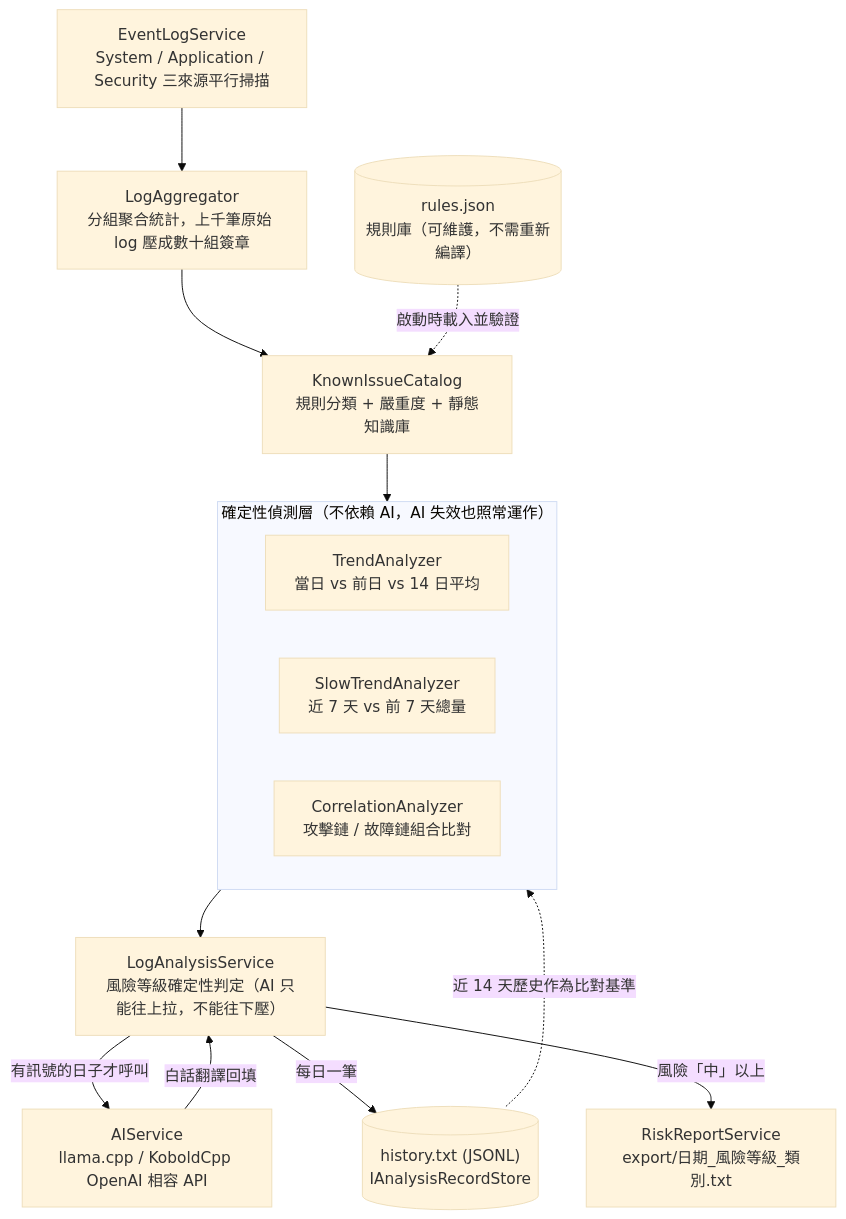
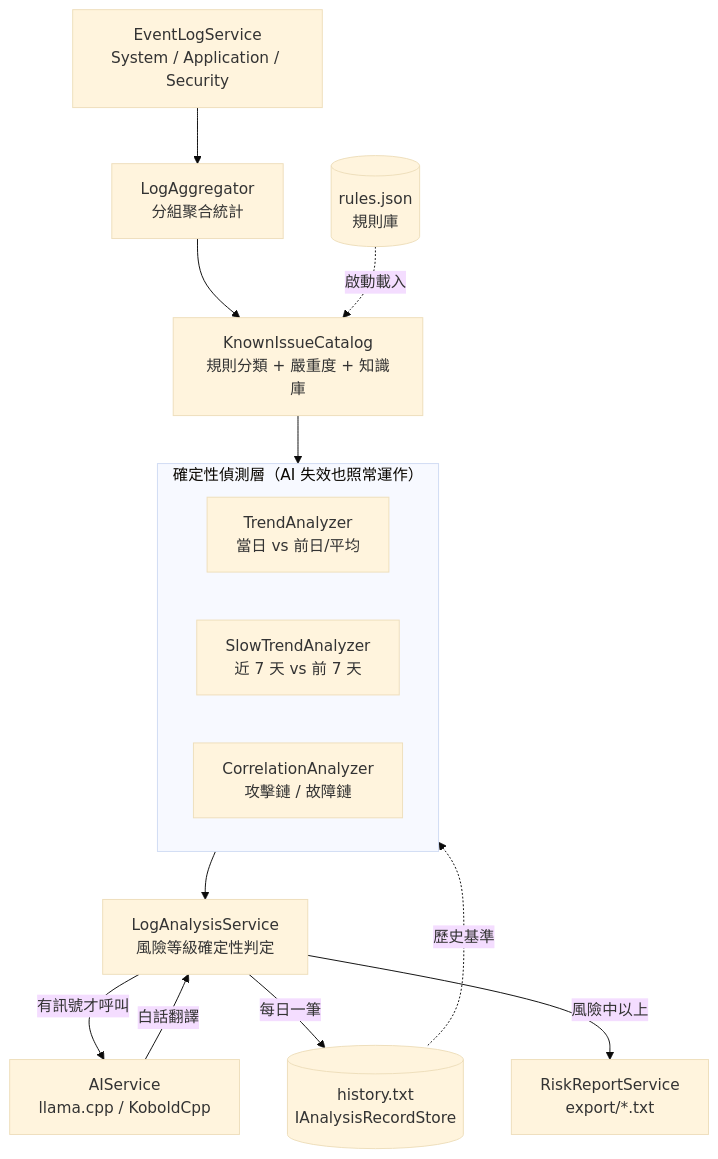
One commit to darionnnnnn/LogForesight changed the diagram in README.md. Above: the diagram before and after it, drawn with Mermaid (base theme).

Commit message:
Tighten Mermaid node labels so the diagram fits GitHub's content width
The subgraph puts three analyzer nodes side by side; with the longer labels
the diagram exceeded the ~830px README column and would have been scaled
down to fit, shrinking the text. The trimmed detail is already spelled out
in the paragraph directly below the diagram.

````diff
--- a/README.md
+++ b/README.md
@@ -29,30 +29,30 @@
 ```mermaid
 flowchart TD
-    ELS["EventLogService<br/>System / Application / Security 三來源平行掃描"]
-    AGG["LogAggregator<br/>分組聚合統計，上千筆原始 log 壓成數十組簽章"]
-    RULES[("rules.json<br/>規則庫（可維護，不需重新編譯）")]
-    CAT["KnownIssueCatalog<br/>規則分類 + 嚴重度 + 靜態知識庫"]
+    ELS["EventLogService<br/>System / Application / Security"]
+    AGG["LogAggregator<br/>分組聚合統計"]
+    RULES[("rules.json<br/>規則庫")]
+    CAT["KnownIssueCatalog<br/>規則分類 + 嚴重度 + 知識庫"]
 
-    subgraph DET["確定性偵測層（不依賴 AI，AI 失效也照常運作）"]
+    subgraph DET["確定性偵測層（AI 失效也照常運作）"]
         direction LR
-        TREND["TrendAnalyzer<br/>當日 vs 前日 vs 14 日平均"]
-        SLOW["SlowTrendAnalyzer<br/>近 7 天 vs 前 7 天總量"]
-        CORR["CorrelationAnalyzer<br/>攻擊鏈 / 故障鏈組合比對"]
+        TREND["TrendAnalyzer<br/>當日 vs 前日/平均"]
+        SLOW["SlowTrendAnalyzer<br/>近 7 天 vs 前 7 天"]
+        CORR["CorrelationAnalyzer<br/>攻擊鏈 / 故障鏈"]
     end
 
-    RISK["LogAnalysisService<br/>風險等級確定性判定（AI 只能往上拉，不能往下壓）"]
-    AI["AIService<br/>llama.cpp / KoboldCpp OpenAI 相容 API"]
-    HIST[("history.txt (JSONL)<br/>IAnalysisRecordStore")]
-    REPORT["RiskReportService<br/>export/日期_風險等級_類別.txt"]
+    RISK["LogAnalysisService<br/>風險等級確定性判定"]
+    AI["AIService<br/>llama.cpp / KoboldCpp"]
+    HIST[("history.txt<br/>IAnalysisRecordStore")]
+    REPORT["RiskReportService<br/>export/*.txt"]
 
     ELS --> AGG
     AGG --> CAT
     CAT --> DET
     DET --> RISK
-    RULES -. 啟動時載入並驗證 .-> CAT
-    HIST -. 近 14 天歷史作為比對基準 .-> DET
-    RISK -- 有訊號的日子才呼叫 --> AI
-    AI -- 白話翻譯回填 --> RISK
+    RULES -. 啟動載入 .-> CAT
+    HIST -. 歷史基準 .-> DET
+    RISK -- 有訊號才呼叫 --> AI
+    AI -- 白話翻譯 --> RISK
     RISK -- 每日一筆 --> HIST
-    RISK -- 風險「中」以上 --> REPORT
+    RISK -- 風險中以上 --> REPORT
 ```
````
